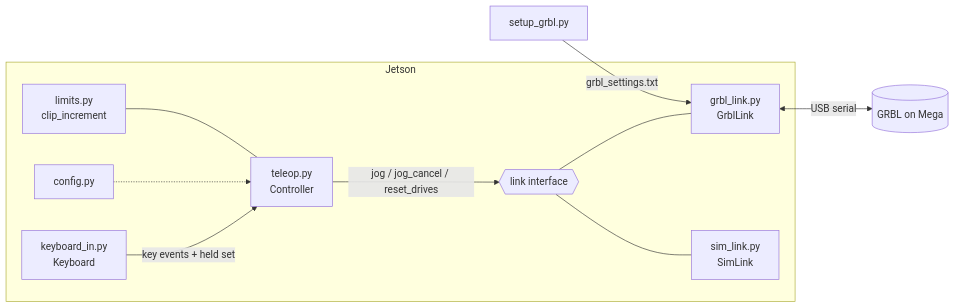
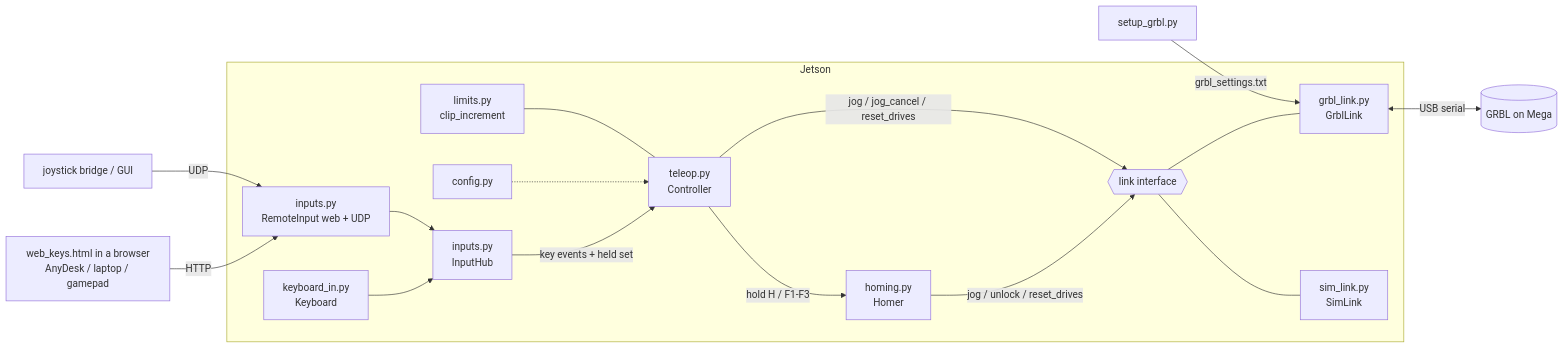
The second of 3 diagrams in README.md (Amitaansh/arm-teleop), drawn with Mermaid before and after one commit. The commit also changed other lines of this file and 13 other files, not shown here.

First line of the commit message:
Split front rails onto X/B, per-motor stall homing, web/UDP remote input, full-screen display

````diff
--- a/README.md
+++ b/README.md
@@ -133,13 +144,19 @@
 ```mermaid
 flowchart LR
     subgraph Jetson
-        KBD[keyboard_in.py<br/>Keyboard] -->|key events + held set| CTL[teleop.py<br/>Controller]
+        KBD[keyboard_in.py<br/>Keyboard] --> HUB[inputs.py<br/>InputHub]
+        NET[inputs.py<br/>RemoteInput web + UDP] --> HUB
+        HUB -->|key events + held set| CTL[teleop.py<br/>Controller]
         CFG[config.py] -.-> CTL
         LIM[limits.py<br/>clip_increment] --- CTL
+        CTL -->|hold H / F1-F3| HOM[homing.py<br/>Homer]
+        HOM -->|jog / unlock / reset_drives| LINK
         CTL -->|jog / jog_cancel / reset_drives| LINK{{link interface}}
         LINK --- GL[grbl_link.py<br/>GrblLink]
         LINK --- SL[sim_link.py<br/>SimLink]
     end
     GL <-->|USB serial| GRBL[(GRBL on Mega)]
+    RK[web_keys.html in a browser<br/>AnyDesk / laptop / gamepad] -->|HTTP| NET
+    JB[joystick bridge / GUI] -->|UDP| NET
     SETUP[setup_grbl.py] -->|grbl_settings.txt| GL
 ```
````
